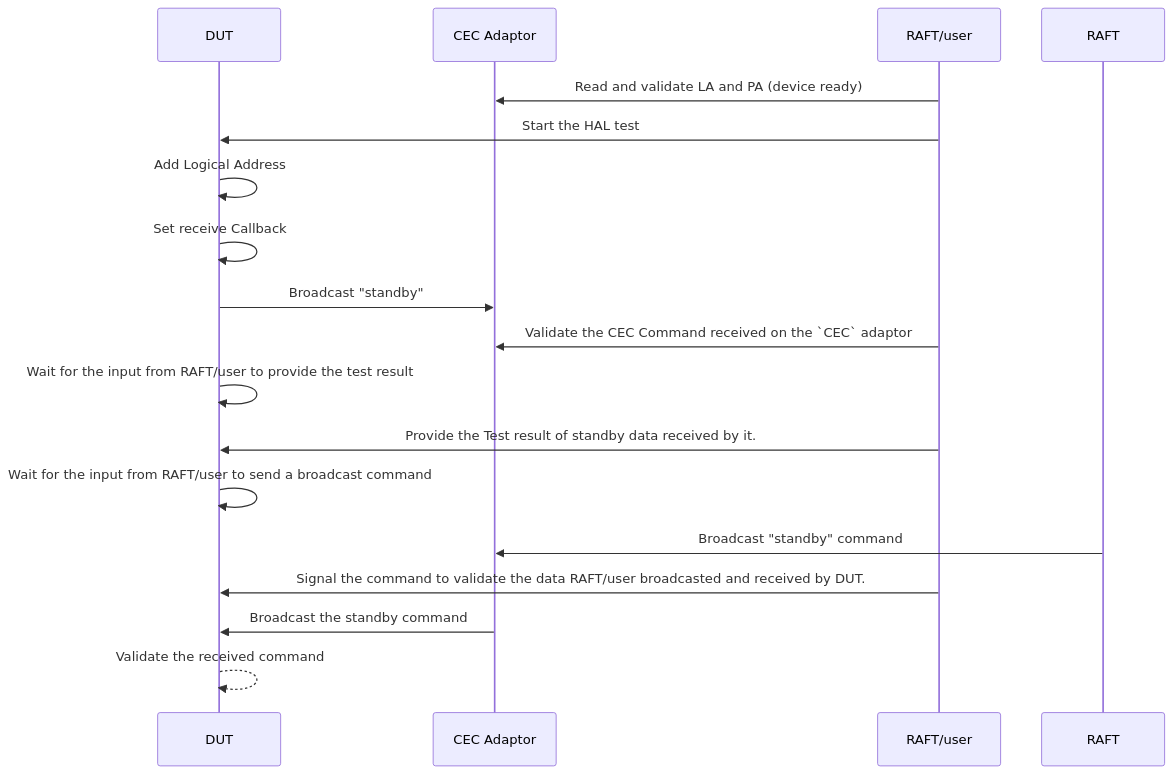
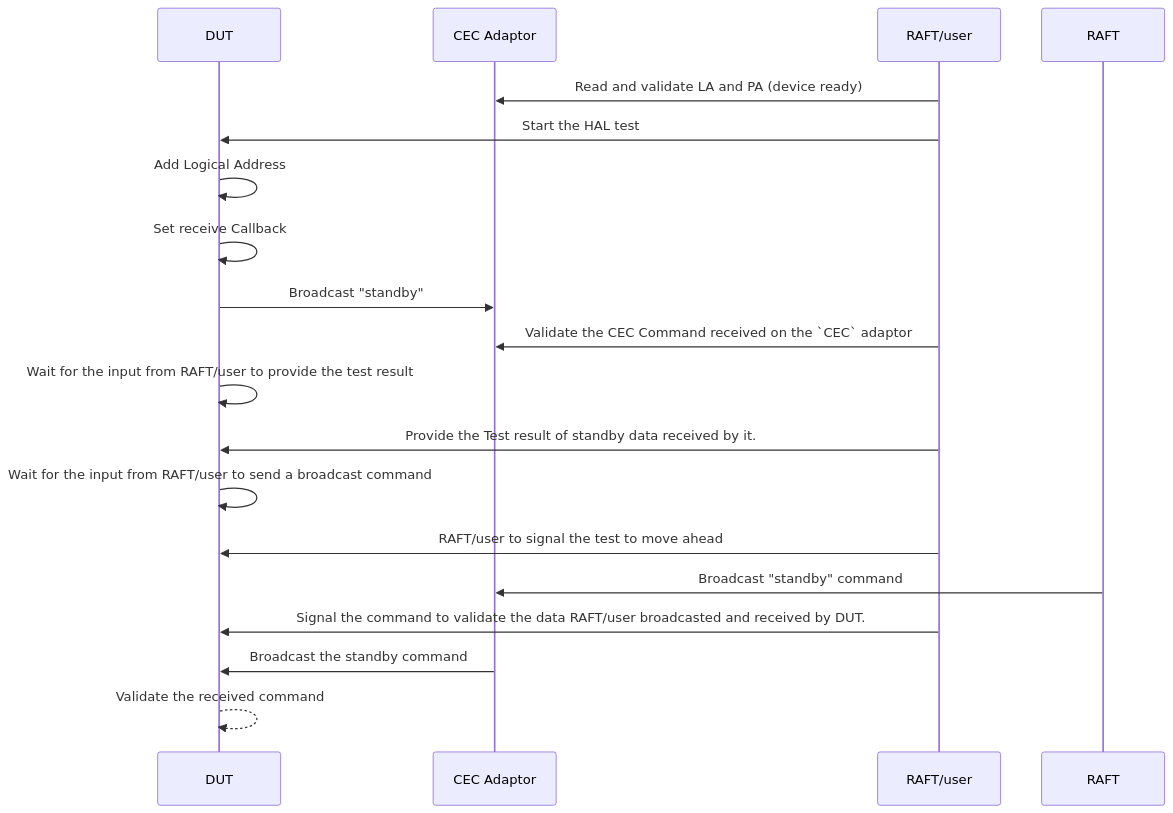
The third of 4 diagrams in docs/pages/hdmi-cec-sink-L3-Low-Level_TestSpec.md (rdkcentral/rdk-halif-test-hdmi_cec), drawn with Mermaid before and after one commit. The commit also changed other lines of this file, not shown here.

First line of the commit message:
gh #44 Update hdmi-cec-sink-L3-Low-Level_TestSpec.md

````diff
--- a/docs/pages/hdmi-cec-sink-L3-Low-Level_TestSpec.md
+++ b/docs/pages/hdmi-cec-sink-L3-Low-Level_TestSpec.md
@@ -206,19 +211,20 @@
 ```mermaid
 sequenceDiagram
     participant DUT
     participant CEC Adaptor
     participant RAFT/user
     RAFT/user->>CEC Adaptor: Read and validate LA and PA (device ready) 
     RAFT/user->>DUT: Start the HAL test
     DUT->>DUT: Add Logical Address
     DUT->>DUT: Set receive Callback
     DUT->>CEC Adaptor: Broadcast "standby"
     RAFT/user->>CEC Adaptor: Validate the CEC Command received on the `CEC` adaptor
     DUT->>DUT: Wait for the input from RAFT/user to provide the test result
     RAFT/user->>DUT: Provide the Test result of standby data received by it.
     DUT->>DUT: Wait for the input from RAFT/user to send a broadcast command
+    RAFT/user->>DUT: RAFT/user to signal the test to move ahead
     RAFT->>CEC Adaptor: Broadcast "standby" command
     RAFT/user->>DUT: Signal the command to validate the data RAFT/user broadcasted and received by DUT.
     CEC Adaptor->> DUT: Broadcast the standby command
     DUT-->>DUT: Validate the received command
 ```
````
